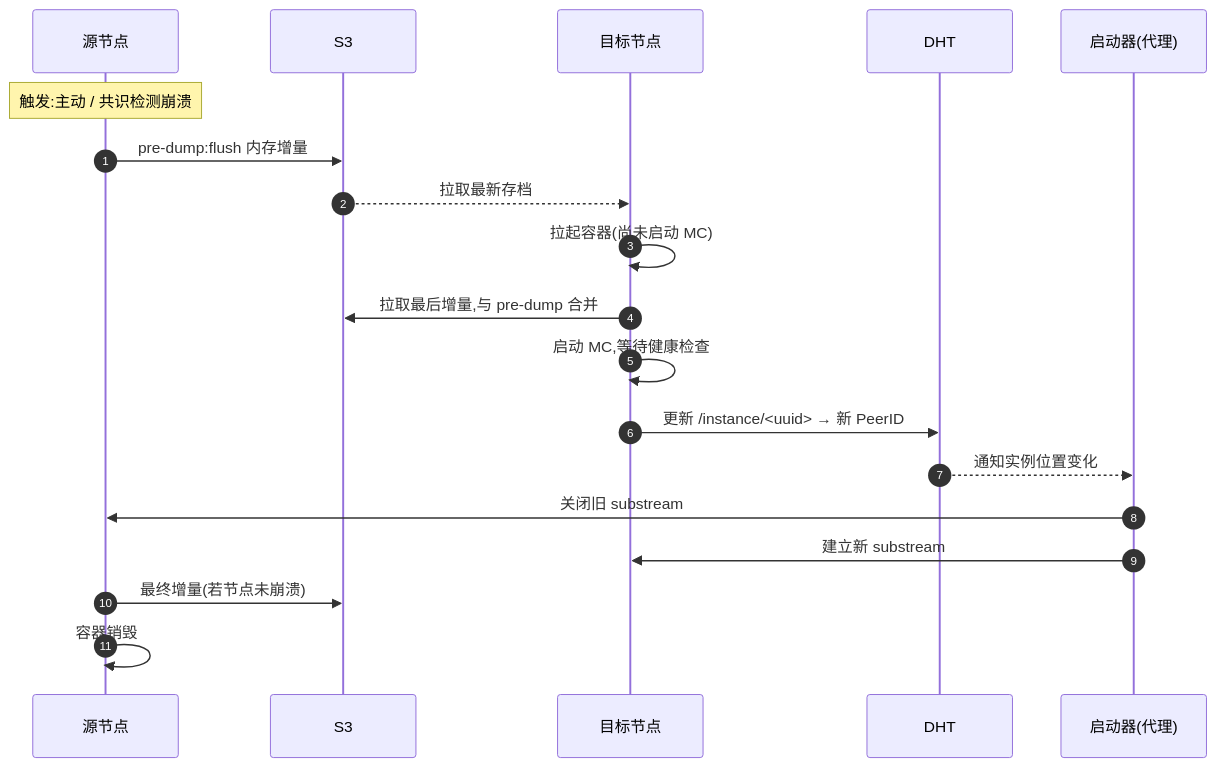
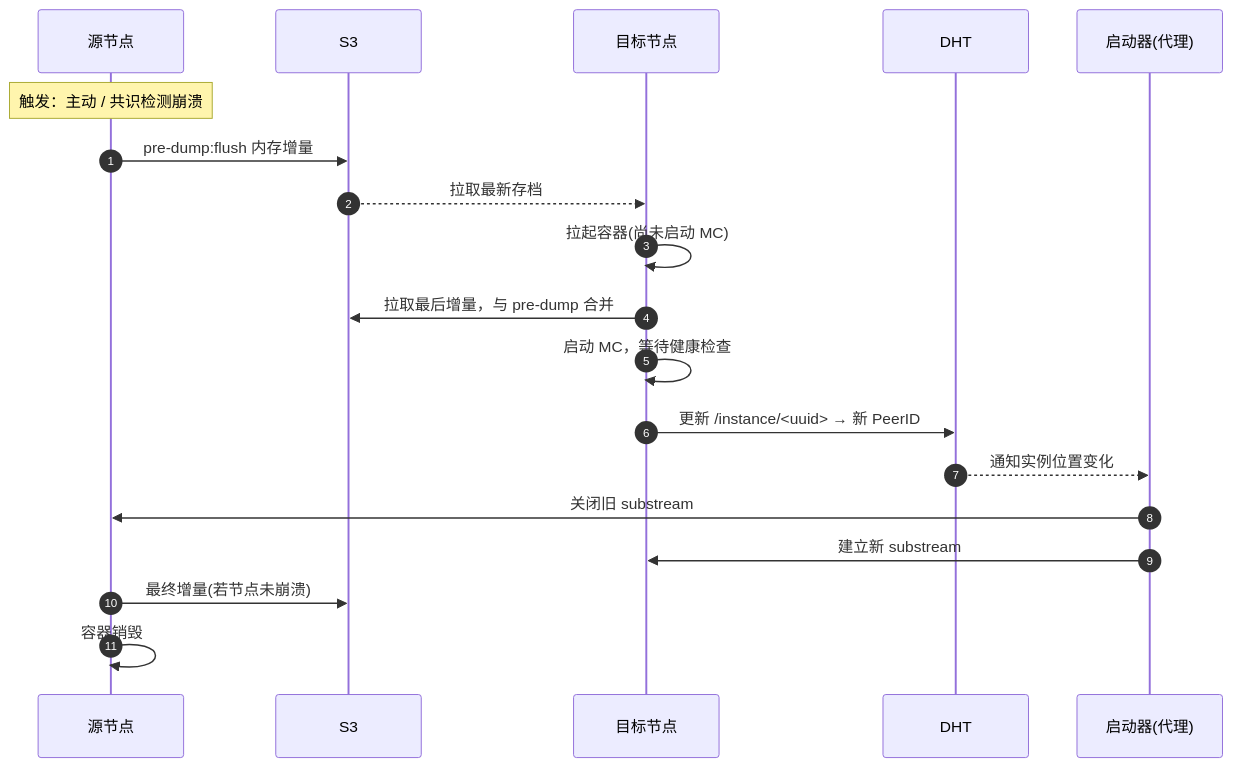
Before and after one commit to JLUCraft/docs: the third of 5 diagrams in pages/components/server/lifecycle.md, drawn with Mermaid. The commit also changed other lines of this file and 23 other files, not shown here.

````diff
--- a/pages/components/server/lifecycle.md
+++ b/pages/components/server/lifecycle.md
@@ -65,22 +65,22 @@
 ```mermaid
 sequenceDiagram
     autonumber
     participant SrcNode as 源节点
     participant S3
     participant DstNode as 目标节点
     participant DHT
     participant Cli as 启动器(代理)
 
-    Note over SrcNode: 触发:主动 / 共识检测崩溃
+    Note over SrcNode: 触发：主动 / 共识检测崩溃
     SrcNode->>S3: pre-dump:flush 内存增量
     S3-->>DstNode: 拉取最新存档
     DstNode->>DstNode: 拉起容器(尚未启动 MC)
-    DstNode->>S3: 拉取最后增量,与 pre-dump 合并
-    DstNode->>DstNode: 启动 MC,等待健康检查
+    DstNode->>S3: 拉取最后增量，与 pre-dump 合并
+    DstNode->>DstNode: 启动 MC，等待健康检查
     DstNode->>DHT: 更新 /instance/<uuid> → 新 PeerID
     DHT-->>Cli: 通知实例位置变化
     Cli->>SrcNode: 关闭旧 substream
     Cli->>DstNode: 建立新 substream
     SrcNode->>S3: 最终增量(若节点未崩溃)
     SrcNode->>SrcNode: 容器销毁
 ```
````
